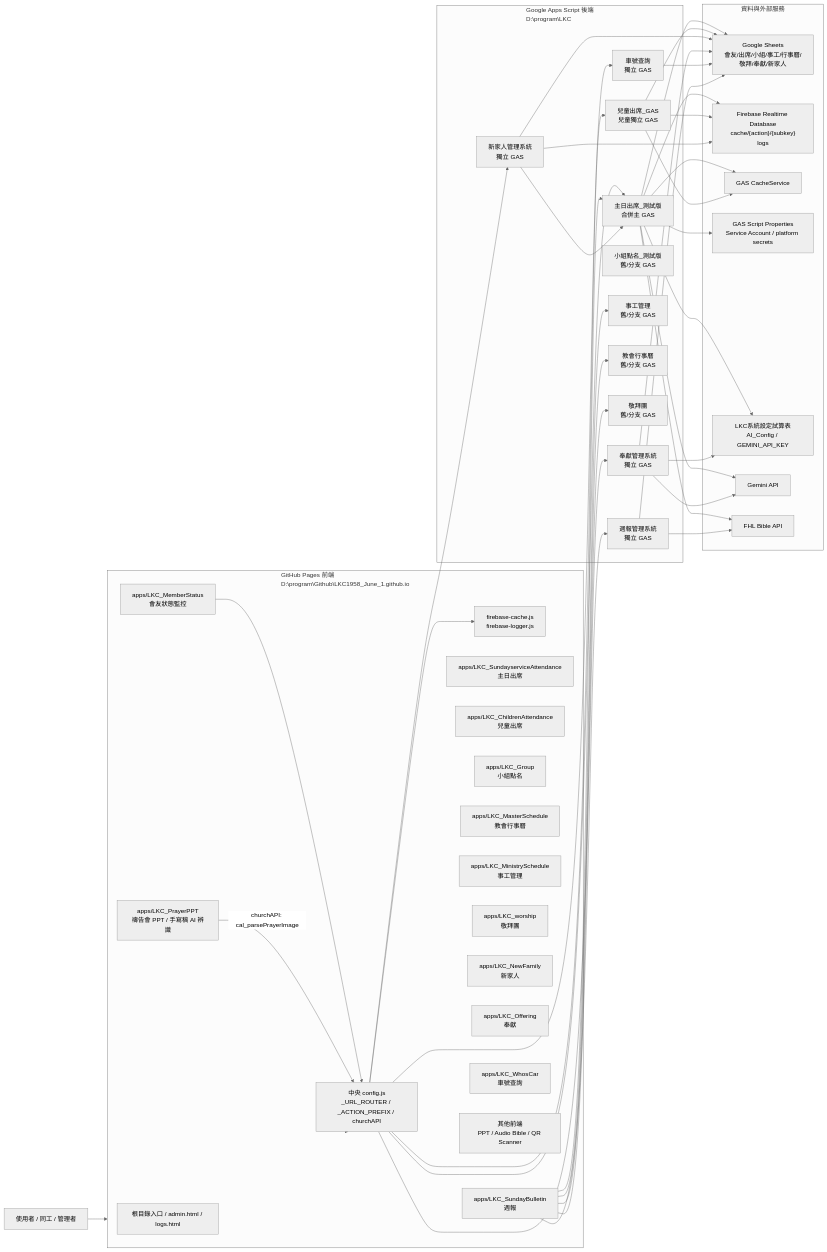
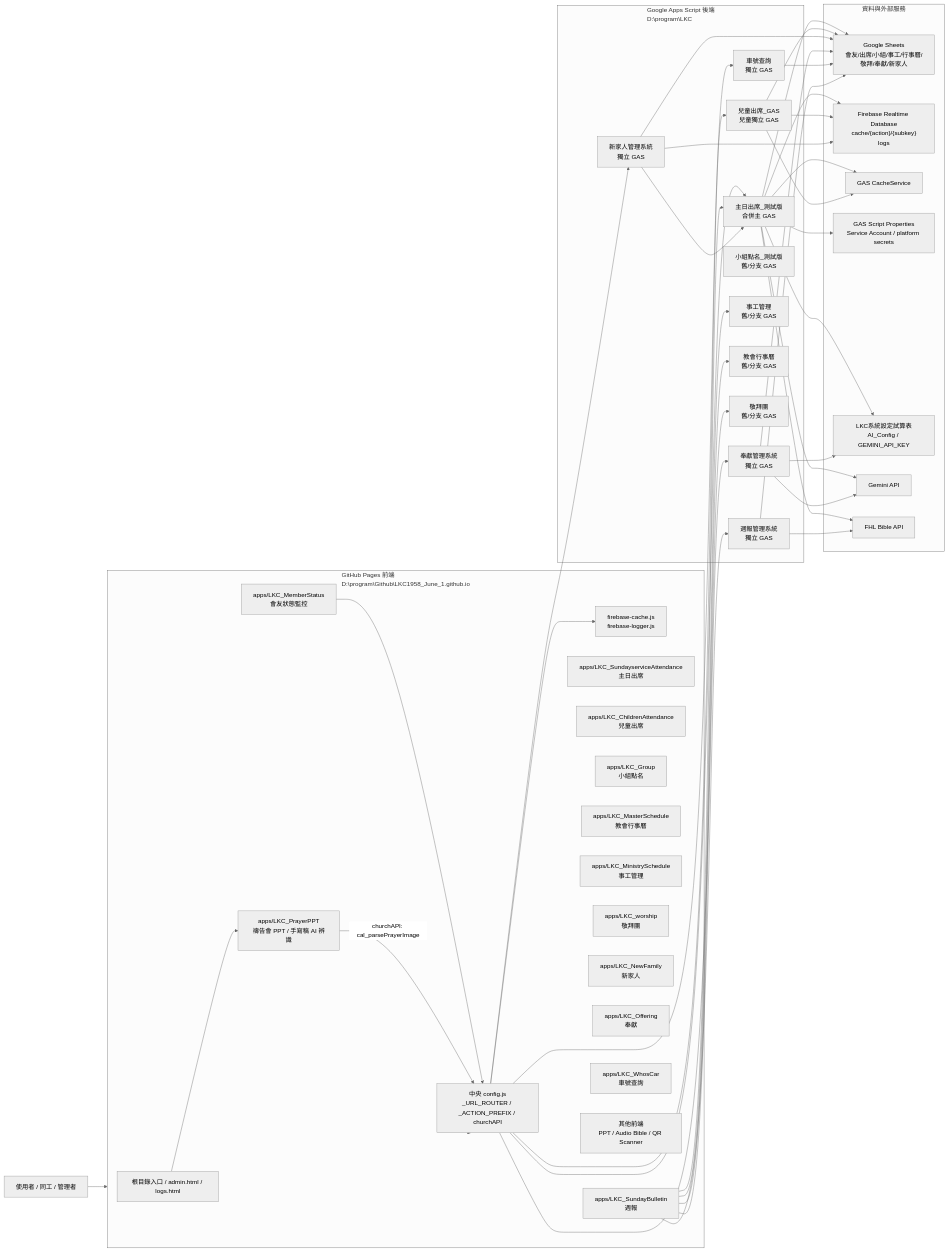
Before and after one commit to JirehWang/JirehWang.github.io: the third of 9 diagrams in docs/SYSTEM_RELATION_GRAPH.md, drawn with Mermaid (neutral theme). The commit also changed 2 other files, not shown here.

Commit message:
feat: add PrayerPPT to admin portal

```diff
--- a/docs/SYSTEM_RELATION_GRAPH.md
+++ b/docs/SYSTEM_RELATION_GRAPH.md
@@ -116,6 +116,7 @@
     end
 
     User --> FE
+    Portal --> PrayerPptFE
     FE --> Config
     Config --> FirebaseClient
     Config --> MainGAS
```
